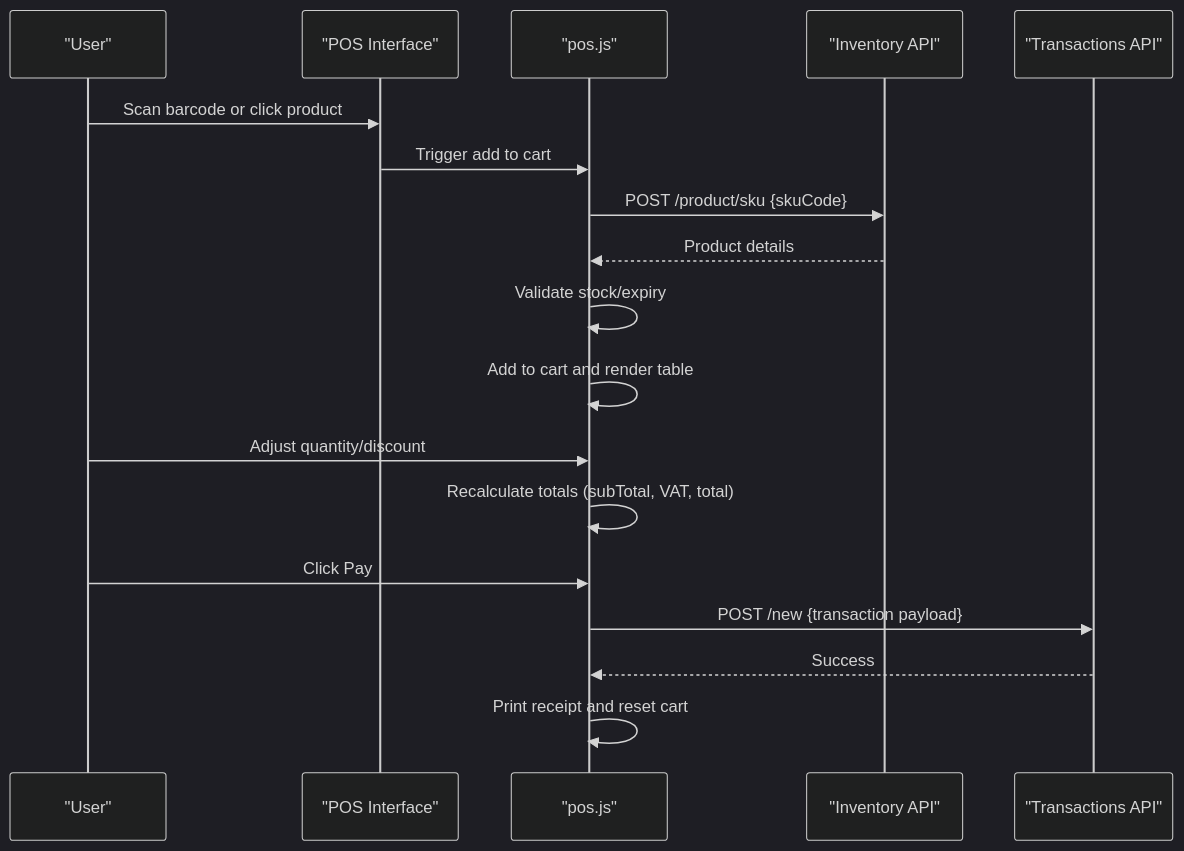
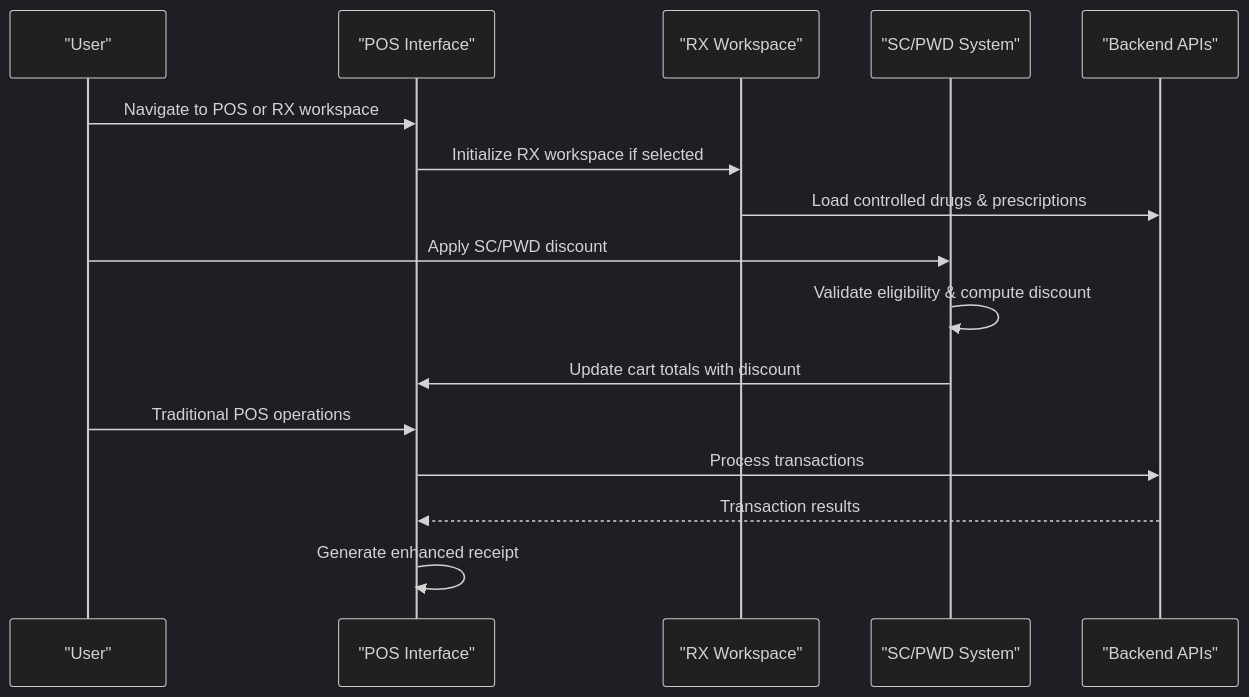
One commit to yosefdc7/PharmaPOS changed the second of 14 diagrams in .qoder/repowiki/en/content/Frontend Interface/Point-of-Sale Interface.md. Above: the diagram before and after it, drawn with Mermaid (dark theme). The commit also changed other lines of this file and 11 other files, not shown here.

````diff
--- a/.qoder/repowiki/en/content/Frontend Interface/Point-of-Sale Interface.md
+++ b/.qoder/repowiki/en/content/Frontend Interface/Point-of-Sale Interface.md
@@ -88,20 +137,18 @@
 ```mermaid
 sequenceDiagram
 participant User as "User"
 participant UI as "POS Interface"
-participant POS as "pos.js"
-participant APIInv as "Inventory API"
-participant APITx as "Transactions API"
-User->>UI : Scan barcode or click product
-UI->>POS : Trigger add to cart
-POS->>APIInv : POST /product/sku {skuCode}
-APIInv-->>POS : Product details
-POS->>POS : Validate stock/expiry
-POS->>POS : Add to cart and render table
-User->>POS : Adjust quantity/discount
-POS->>POS : Recalculate totals (subTotal, VAT, total)
-User->>POS : Click Pay
-POS->>APITx : POST /new {transaction payload}
-APITx-->>POS : Success
-POS->>POS : Print receipt and reset cart
+participant RX as "RX Workspace"
+participant SC as "SC/PWD System"
+participant API as "Backend APIs"
+User->>UI : Navigate to POS or RX workspace
+UI->>RX : Initialize RX workspace if selected
+RX->>API : Load controlled drugs & prescriptions
+User->>SC : Apply SC/PWD discount
+SC->>SC : Validate eligibility & compute discount
+SC->>UI : Update cart totals with discount
+User->>UI : Traditional POS operations
+UI->>API : Process transactions
+API-->>UI : Transaction results
+UI->>UI : Generate enhanced receipt
 ```
````
